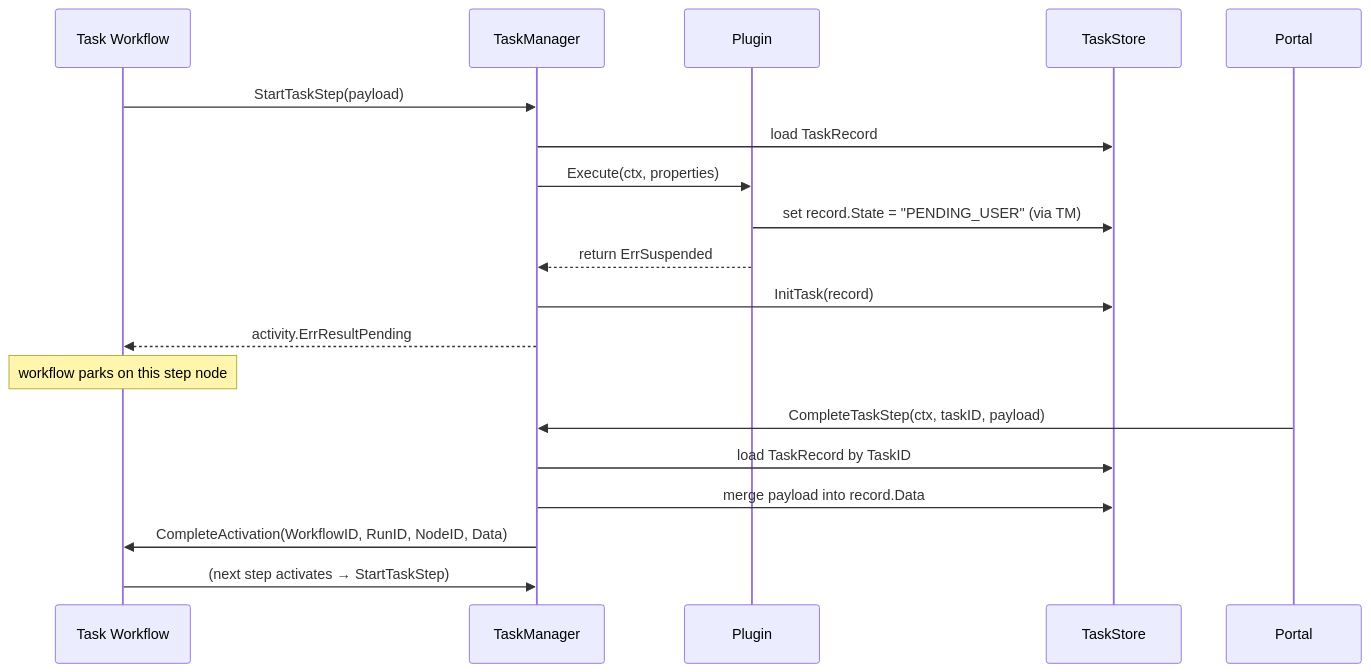
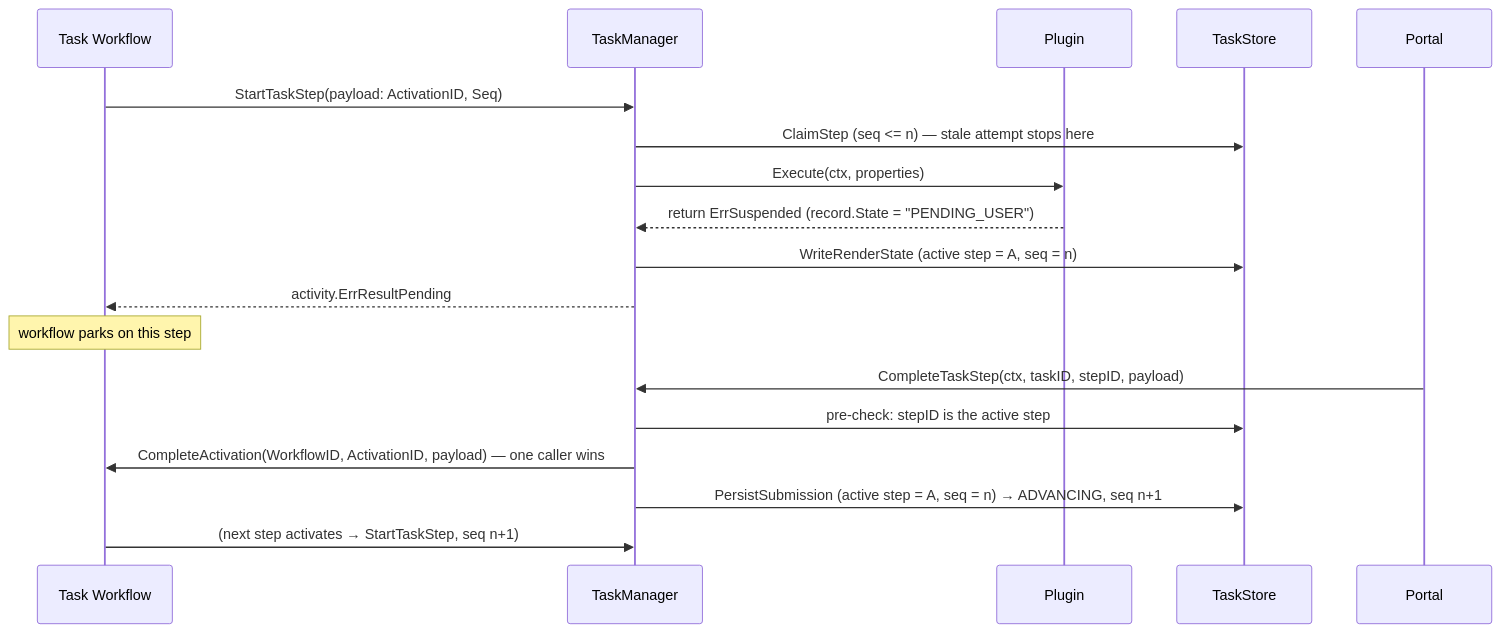
Before and after one commit to OpenNSW/core: the second of 2 diagrams in taskflow/docs/architecture.md, drawn with Mermaid. The commit also changed other lines of this file and 10 other files, not shown here.

First line of the commit message:
feat(taskflow): expose step ID and version on task views; document steps

````diff
--- a/taskflow/docs/architecture.md
+++ b/taskflow/docs/architecture.md
@@ -158,24 +191,23 @@
 ```mermaid
 sequenceDiagram
     participant TW as Task Workflow
     participant TM as TaskManager
     participant P as Plugin
     participant DB as TaskStore
     participant FE as Portal
 
-    TW->>TM: StartTaskStep(payload)
-    TM->>DB: load TaskRecord
+    TW->>TM: StartTaskStep(payload: ActivationID, Seq)
+    TM->>DB: ClaimStep (seq <= n) — stale attempt stops here
     TM->>P: Execute(ctx, properties)
-    P->>DB: set record.State = "PENDING_USER" (via TM)
-    P-->>TM: return ErrSuspended
-    TM->>DB: InitTask(record)
+    P-->>TM: return ErrSuspended (record.State = "PENDING_USER")
+    TM->>DB: WriteRenderState (active step = A, seq = n)
     TM-->>TW: activity.ErrResultPending
 
-    Note over TW: workflow parks on this step node
+    Note over TW: workflow parks on this step
 
-    FE->>TM: CompleteTaskStep(ctx, taskID, payload)
-    TM->>DB: load TaskRecord by TaskID
-    TM->>DB: merge payload into record.Data
-    TM->>TW: CompleteActivation(WorkflowID, RunID, NodeID, Data)
-    TW->>TM: (next step activates → StartTaskStep)
+    FE->>TM: CompleteTaskStep(ctx, taskID, stepID, payload)
+    TM->>DB: pre-check: stepID is the active step
+    TM->>TW: CompleteActivation(WorkflowID, ActivationID, payload) — one caller wins
+    TM->>DB: PersistSubmission (active step = A, seq = n) → ADVANCING, seq n+1
+    TW->>TM: (next step activates → StartTaskStep, seq n+1)
 ```
````
